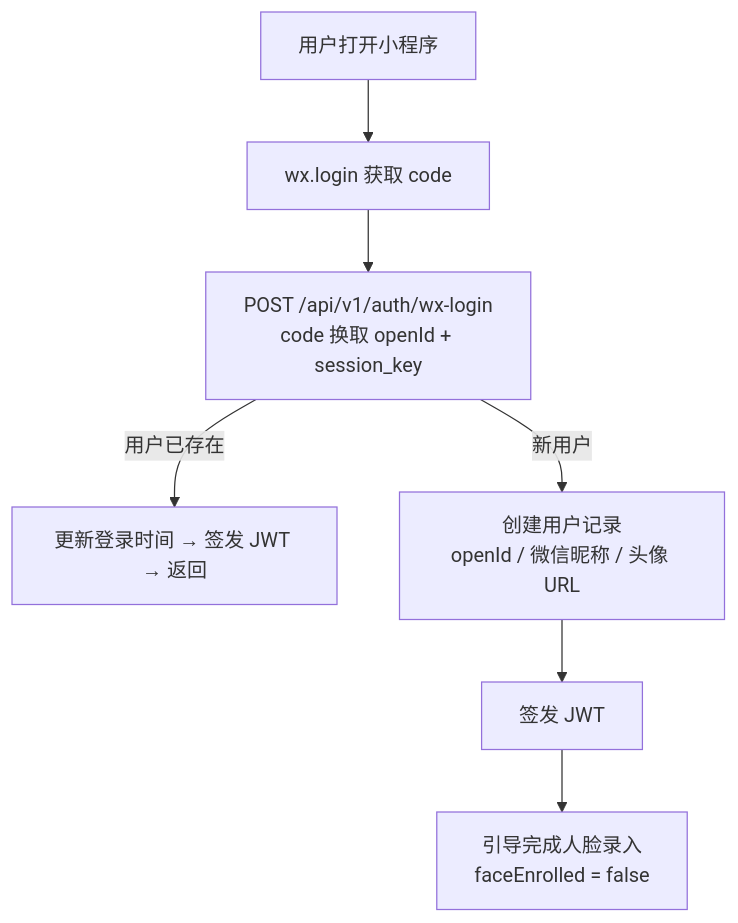
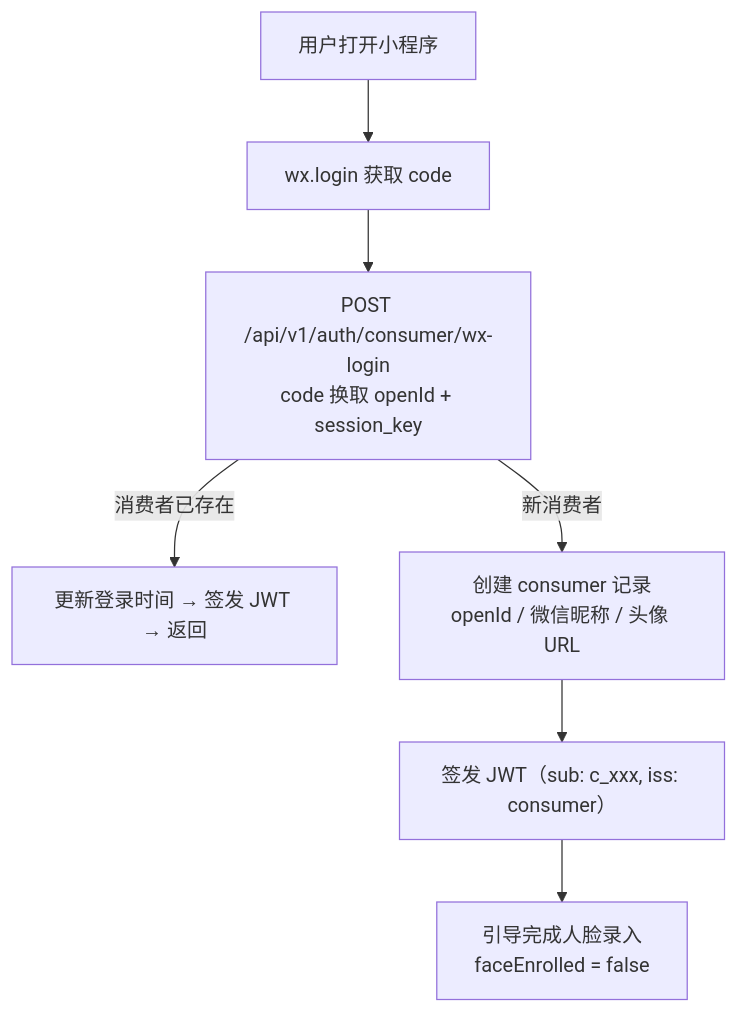
One commit to fitron-app/docs changed the diagram in docs/functional-systems/user-system.md. Above: the diagram before and after it, drawn with Mermaid. The commit also changed other lines of this file and 18 other files, not shown here.

Commit message:
feat: enhance CI/CD pipeline with OpenAPI synchronization to Apifox and add Tencent Cloud deployment step

````diff
--- a/docs/functional-systems/user-system.md
+++ b/docs/functional-systems/user-system.md
@@ -10,9 +45,9 @@
 ```mermaid
 flowchart TD
     Open["用户打开小程序"] --> WxLogin["wx.login 获取 code"]
-    WxLogin --> PostLogin["POST /api/v1/auth/wx-login\ncode 换取 openId + session_key"]
-    PostLogin -->|"用户已存在"| UpdateLogin["更新登录时间 → 签发 JWT → 返回"]
-    PostLogin -->|"新用户"| CreateUser["创建用户记录\nopenId / 微信昵称 / 头像 URL"]
-    CreateUser --> IssueJWT["签发 JWT"]
+    WxLogin --> PostLogin["POST /api/v1/auth/consumer/wx-login\ncode 换取 openId + session_key"]
+    PostLogin -->|"消费者已存在"| UpdateLogin["更新登录时间 → 签发 JWT → 返回"]
+    PostLogin -->|"新消费者"| CreateConsumer["创建 consumer 记录\nopenId / 微信昵称 / 头像 URL"]
+    CreateConsumer --> IssueJWT["签发 JWT（sub: c_xxx, iss: consumer）"]
     IssueJWT --> GuideFace["引导完成人脸录入\nfaceEnrolled = false"]
 ```
````
